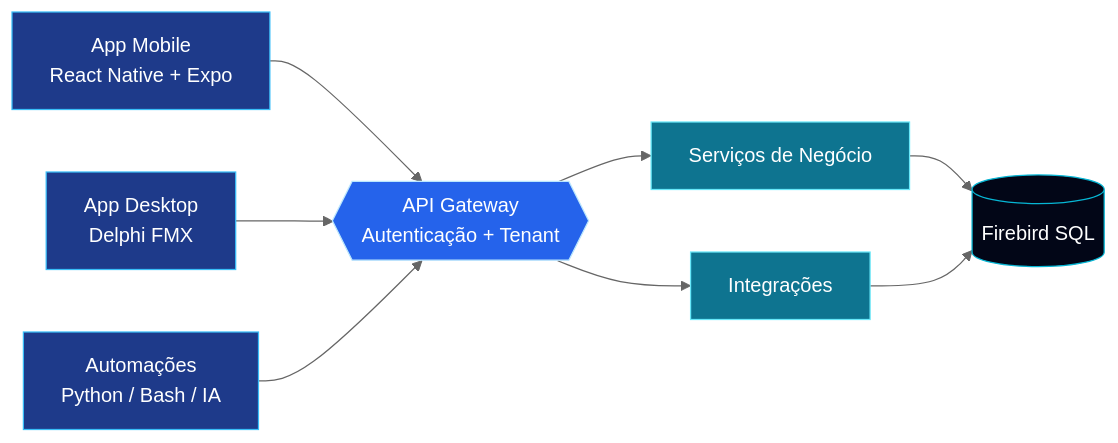
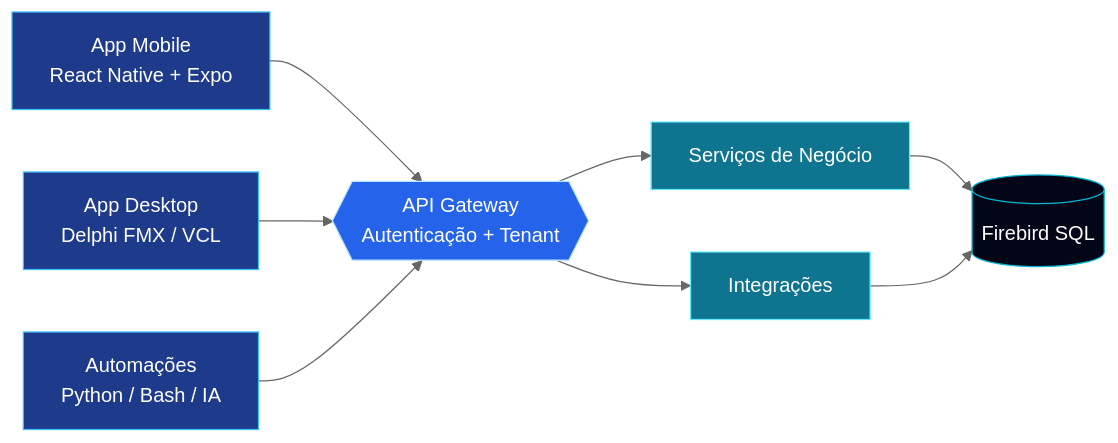
The first of 2 diagrams in README.md (dreyranos/dreyranos), drawn with Mermaid (neutral theme) before and after one commit. The commit also changed other lines of this file, not shown here.

````diff
--- a/README.md
+++ b/README.md
@@ -65,15 +78,15 @@
 ```mermaid
 flowchart LR
     A[App Mobile<br/>React Native + Expo]:::client --> G
-    B[App Desktop<br/>Delphi FMX]:::client --> G
+    B[App Desktop<br/>Delphi FMX / VCL]:::client --> G
     C[Automações<br/>Python / Bash / IA]:::client --> G
     G{{API Gateway<br/>Autenticação + Tenant}}:::core --> S1[Serviços de Negócio]:::svc
     G --> S2[Integrações]:::svc
     S1 --> D[(Firebird SQL)]:::data
     S2 --> D
 
     classDef client fill:#1e3a8a,stroke:#38bdf8,color:#ffffff
     classDef core fill:#2563eb,stroke:#bae6fd,color:#ffffff
     classDef svc fill:#0e7490,stroke:#67e8f9,color:#ffffff
     classDef data fill:#020617,stroke:#06b6d4,color:#ffffff
 ```
````
